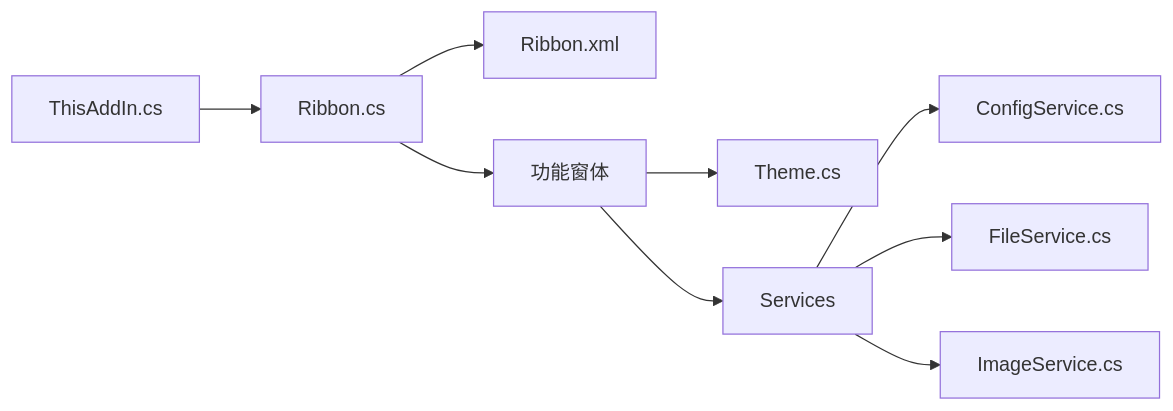
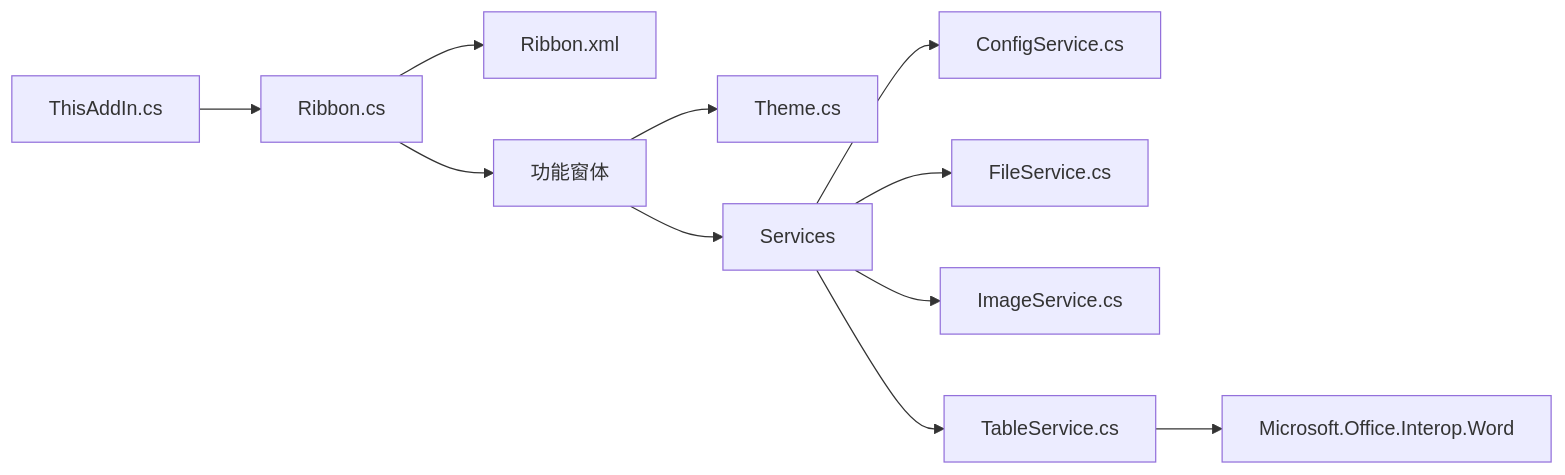
One commit to rainiva/WordTools changed diagram 12 of 12 in .qoder/repowiki/zh/content/架构设计/Ribbon界面系统.md. Above: the diagram before and after it, drawn with Mermaid. The commit also changed other lines of this file and 12 other files, not shown here.

````diff
--- a/.qoder/repowiki/zh/content/架构设计/Ribbon界面系统.md
+++ b/.qoder/repowiki/zh/content/架构设计/Ribbon界面系统.md
@@ -387,11 +499,13 @@
 ```mermaid
 graph LR
 Ribbon_cs["Ribbon.cs"] --> Ribbon_xml["Ribbon.xml"]
 Ribbon_cs --> Forms["功能窗体"]
 ThisAddIn_cs["ThisAddIn.cs"] --> Ribbon_cs
 Forms --> Theme_cs["Theme.cs"]
 Forms --> Services["Services"]
 Services --> ConfigService_cs["ConfigService.cs"]
 Services --> FileService_cs["FileService.cs"]
 Services --> ImageService_cs["ImageService.cs"]
+Services --> TableService_cs["TableService.cs"]
+TableService_cs --> WordInterop["Microsoft.Office.Interop.Word"]
 ```
````
